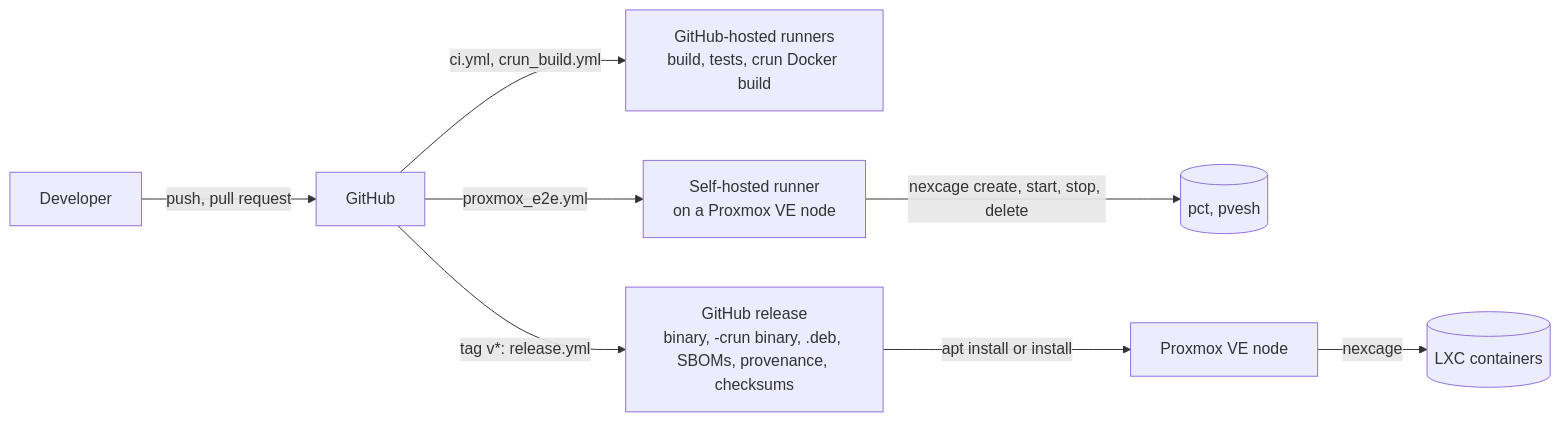
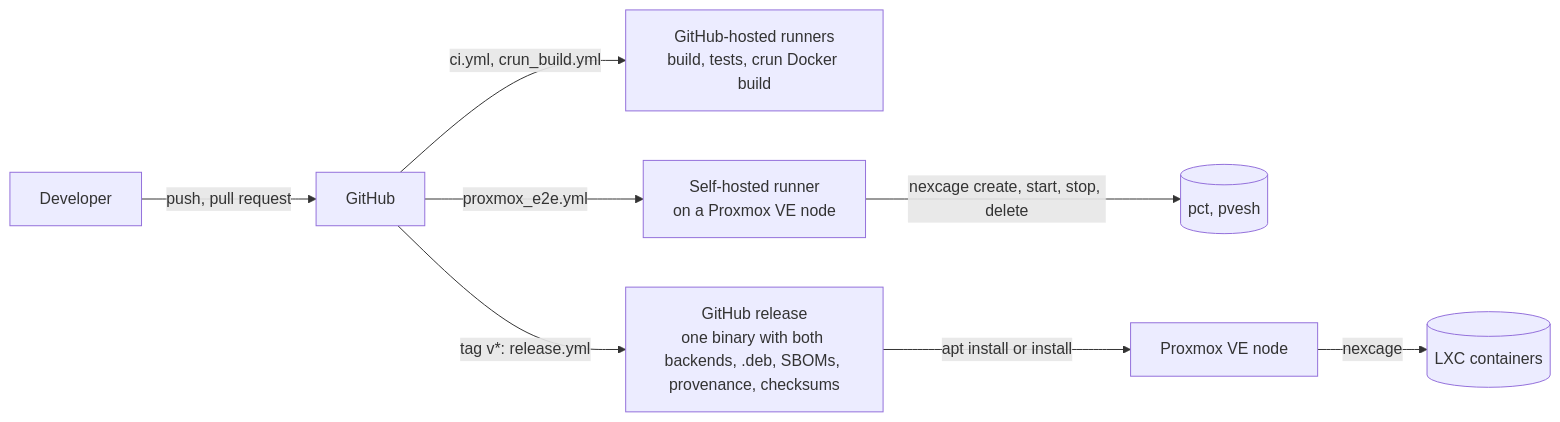
Before and after one commit to CageForge/nexcage: the diagram in docs/architecture/DEPLOYMENT.md, drawn with Mermaid. The commit also changed 20 other files, not shown here.

````diff
--- a/docs/architecture/DEPLOYMENT.md
+++ b/docs/architecture/DEPLOYMENT.md
@@ -3,10 +3,10 @@
 ```mermaid
 flowchart LR
   Dev[Developer] -- push, pull request --> GH[GitHub]
   GH -- ci.yml, crun_build.yml --> Hosted["GitHub-hosted runners<br/>build, tests, crun Docker build"]
   GH -- proxmox_e2e.yml --> Runner["Self-hosted runner<br/>on a Proxmox VE node"]
   Runner -- nexcage create, start, stop, delete --> E2E[("pct, pvesh")]
-  GH -- "tag v*: release.yml" --> Release["GitHub release<br/>binary, -crun binary, .deb, SBOMs, provenance, checksums"]
+  GH -- "tag v*: release.yml" --> Release["GitHub release<br/>one binary with both backends, .deb, SBOMs, provenance, checksums"]
   Release -- apt install or install --> Node["Proxmox VE node"]
   Node -- nexcage --> LXC[("LXC containers")]
 ```
````
